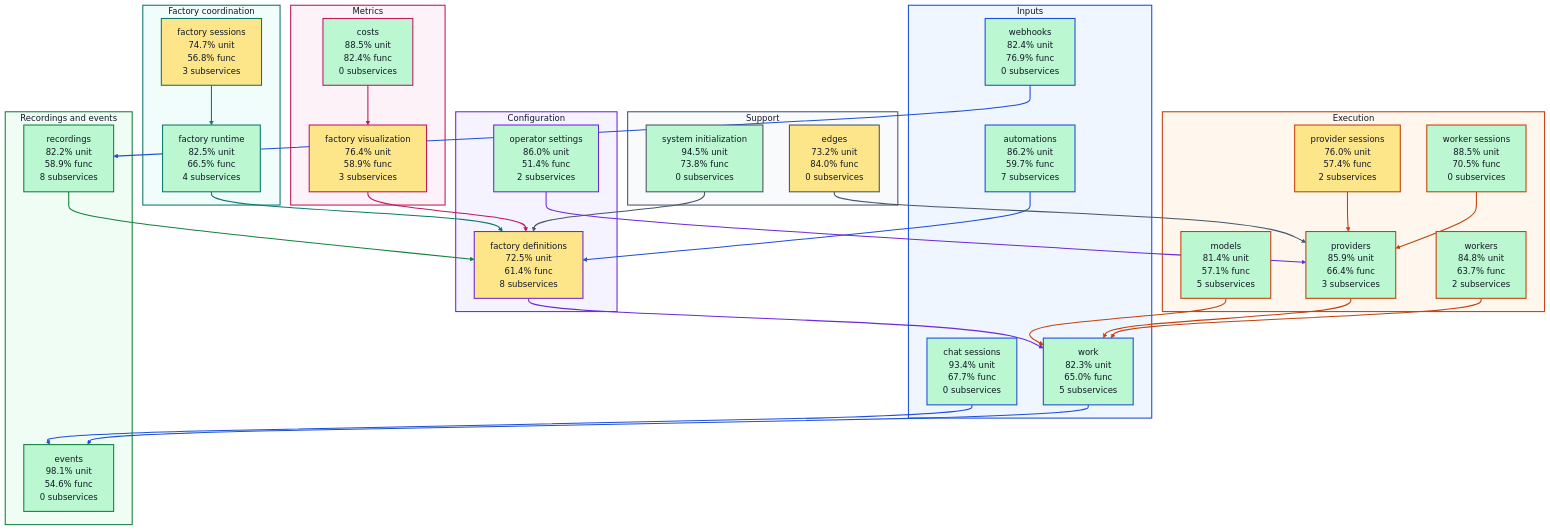
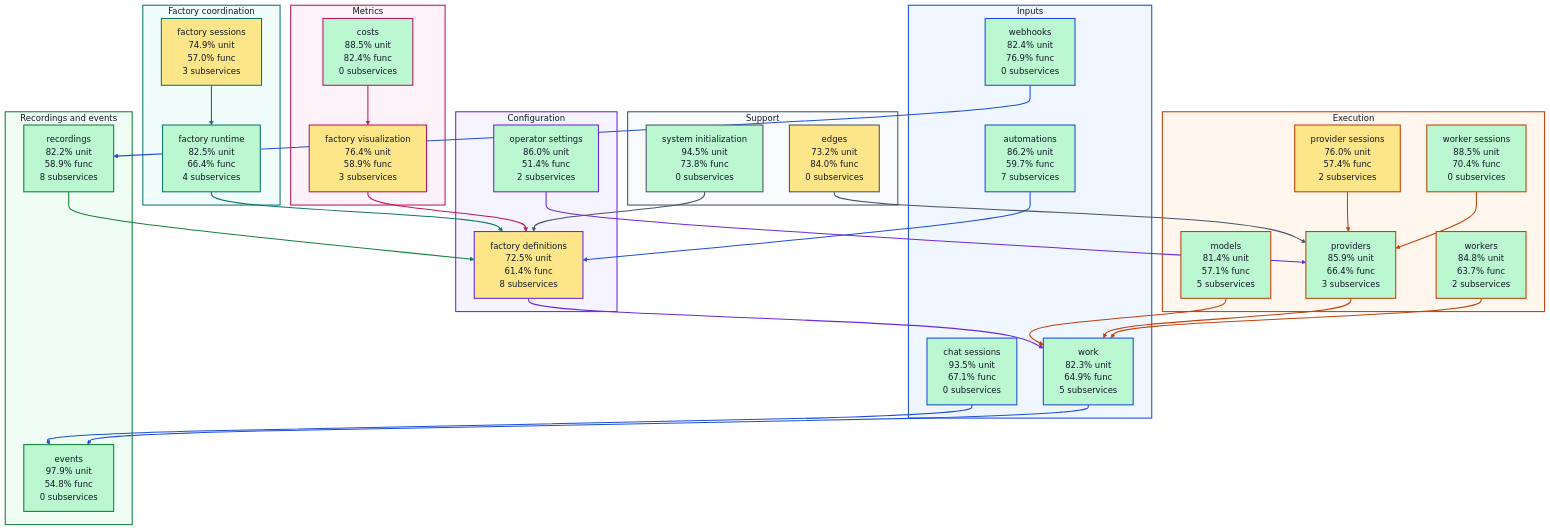
One commit to portpowered/you-agent-factory changed the diagram in docs/architecture/visualizations/high-level-test-coverage.md. Above: the diagram before and after it, drawn with Mermaid. The commit also changed other lines of this file and 20 other files, not shown here.

Commit message:
docs: refresh backend architecture visualizations

```diff
--- a/docs/architecture/visualizations/high-level-test-coverage.md
+++ b/docs/architecture/visualizations/high-level-test-coverage.md
@@ -12,27 +12,27 @@
 flowchart TB
   subgraph input["Inputs"]
     s_services_automations["automations<br/>86.2% unit<br/>59.7% func<br/>7 subservices"]
-    s_services_chat_sessions["chat sessions<br/>93.4% unit<br/>67.7% func<br/>0 subservices"]
+    s_services_chat_sessions["chat sessions<br/>93.5% unit<br/>67.1% func<br/>0 subservices"]
     s_services_webhooks["webhooks<br/>82.4% unit<br/>76.9% func<br/>0 subservices"]
-    s_services_work["work<br/>82.3% unit<br/>65.0% func<br/>5 subservices"]
+    s_services_work["work<br/>82.3% unit<br/>64.9% func<br/>5 subservices"]
   end
   subgraph configuration["Configuration"]
     s_services_factory_definitions["factory definitions<br/>72.5% unit<br/>61.4% func<br/>8 subservices"]
     s_services_operator_settings["operator settings<br/>86.0% unit<br/>51.4% func<br/>2 subservices"]
   end
   subgraph coordination["Factory coordination"]
-    s_services_factory_runtime["factory runtime<br/>82.5% unit<br/>66.5% func<br/>4 subservices"]
-    s_services_factory_sessions["factory sessions<br/>74.7% unit<br/>56.8% func<br/>3 subservices"]
+    s_services_factory_runtime["factory runtime<br/>82.5% unit<br/>66.4% func<br/>4 subservices"]
+    s_services_factory_sessions["factory sessions<br/>74.9% unit<br/>57.0% func<br/>3 subservices"]
   end
   subgraph execution["Execution"]
     s_services_models["models<br/>81.4% unit<br/>57.1% func<br/>5 subservices"]
     s_services_provider_sessions["provider sessions<br/>76.0% unit<br/>57.4% func<br/>2 subservices"]
     s_services_providers["providers<br/>85.9% unit<br/>66.4% func<br/>3 subservices"]
-    s_services_worker_sessions["worker sessions<br/>88.5% unit<br/>70.5% func<br/>0 subservices"]
+    s_services_worker_sessions["worker sessions<br/>88.5% unit<br/>70.4% func<br/>0 subservices"]
     s_services_workers["workers<br/>84.8% unit<br/>63.7% func<br/>2 subservices"]
   end
   subgraph recordings["Recordings and events"]
-    s_services_events["events<br/>98.1% unit<br/>54.6% func<br/>0 subservices"]
+    s_services_events["events<br/>97.9% unit<br/>54.8% func<br/>0 subservices"]
     s_services_recordings["recordings<br/>82.2% unit<br/>58.9% func<br/>8 subservices"]
   end
   subgraph metrics["Metrics"]
```
